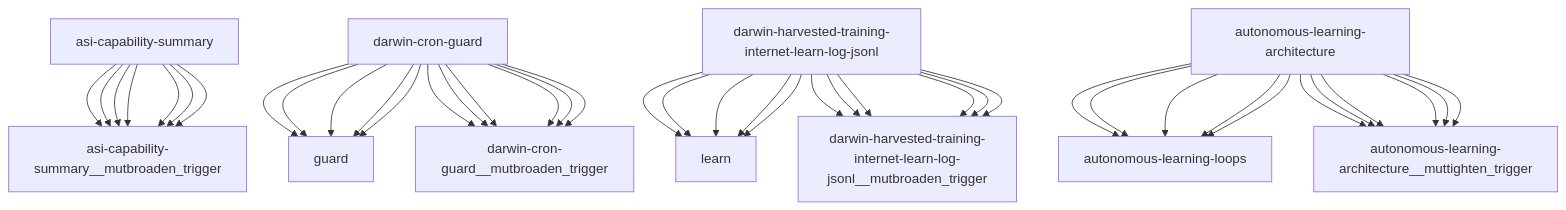
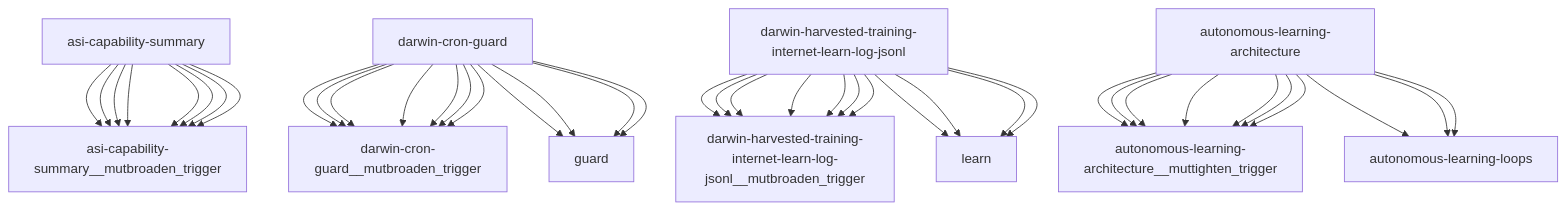
The diagram in reports/darwin-report.md (openamer/openamer), drawn with Mermaid before and after one commit. The commit also changed other lines of this file and 9 other files, not shown here.

````diff
--- a/reports/darwin-report.md
+++ b/reports/darwin-report.md
@@ -74,43 +74,43 @@
 ```mermaid
 graph TD
+    asi-capability-summary["asi-capability-summary"] --> asi-capability-summary__mutbroaden_trigger["asi-capability-summary__mutbroaden_trigger"]
+    darwin-cron-guard["darwin-cron-guard"] --> darwin-cron-guard__mutbroaden_trigger["darwin-cron-guard__mutbroaden_trigger"]
+    darwin-harvested-training-internet-learn-log-jsonl["darwin-harvested-training-internet-learn-log-jsonl"] --> darwin-harvested-training-internet-learn-log-jsonl__mutbroaden_trigger["darwin-harvested-training-internet-learn-log-jsonl__mutbroaden_trigger"]
+    autonomous-learning-architecture["autonomous-learning-architecture"] --> autonomous-learning-architecture__muttighten_trigger["autonomous-learning-architecture__muttighten_trigger"]
+    asi-capability-summary["asi-capability-summary"] --> asi-capability-summary__mutbroaden_trigger["asi-capability-summary__mutbroaden_trigger"]
+    darwin-cron-guard["darwin-cron-guard"] --> darwin-cron-guard__mutbroaden_trigger["darwin-cron-guard__mutbroaden_trigger"]
+    darwin-harvested-training-internet-learn-log-jsonl["darwin-harvested-training-internet-learn-log-jsonl"] --> darwin-harvested-training-internet-learn-log-jsonl__mutbroaden_trigger["darwin-harvested-training-internet-learn-log-jsonl__mutbroaden_trigger"]
+    autonomous-learning-architecture["autonomous-learning-architecture"] --> autonomous-learning-architecture__muttighten_trigger["autonomous-learning-architecture__muttighten_trigger"]
+    asi-capability-summary["asi-capability-summary"] --> asi-capability-summary__mutbroaden_trigger["asi-capability-summary__mutbroaden_trigger"]
+    darwin-cron-guard["darwin-cron-guard"] --> darwin-cron-guard__mutbroaden_trigger["darwin-cron-guard__mutbroaden_trigger"]
+    darwin-harvested-training-internet-learn-log-jsonl["darwin-harvested-training-internet-learn-log-jsonl"] --> darwin-harvested-training-internet-learn-log-jsonl__mutbroaden_trigger["darwin-harvested-training-internet-learn-log-jsonl__mutbroaden_trigger"]
+    autonomous-learning-architecture["autonomous-learning-architecture"] --> autonomous-learning-architecture__muttighten_trigger["autonomous-learning-architecture__muttighten_trigger"]
+    asi-capability-summary["asi-capability-summary"] --> asi-capability-summary__mutbroaden_trigger["asi-capability-summary__mutbroaden_trigger"]
+    darwin-cron-guard["darwin-cron-guard"] --> darwin-cron-guard__mutbroaden_trigger["darwin-cron-guard__mutbroaden_trigger"]
+    darwin-harvested-training-internet-learn-log-jsonl["darwin-harvested-training-internet-learn-log-jsonl"] --> darwin-harvested-training-internet-learn-log-jsonl__mutbroaden_trigger["darwin-harvested-training-internet-learn-log-jsonl__mutbroaden_trigger"]
+    autonomous-learning-architecture["autonomous-learning-architecture"] --> autonomous-learning-architecture__muttighten_trigger["autonomous-learning-architecture__muttighten_trigger"]
+    asi-capability-summary["asi-capability-summary"] --> asi-capability-summary__mutbroaden_trigger["asi-capability-summary__mutbroaden_trigger"]
+    darwin-cron-guard["darwin-cron-guard"] --> guard["guard"]
+    darwin-harvested-training-internet-learn-log-jsonl["darwin-harvested-training-internet-learn-log-jsonl"] --> learn["learn"]
+    darwin-cron-guard["darwin-cron-guard"] --> darwin-cron-guard__mutbroaden_trigger["darwin-cron-guard__mutbroaden_trigger"]
+    darwin-harvested-training-internet-learn-log-jsonl["darwin-harvested-training-internet-learn-log-jsonl"] --> darwin-harvested-training-internet-learn-log-jsonl__mutbroaden_trigger["darwin-harvested-training-internet-learn-log-jsonl__mutbroaden_trigger"]
+    autonomous-learning-architecture["autonomous-learning-architecture"] --> autonomous-learning-architecture__muttighten_trigger["autonomous-learning-architecture__muttighten_trigger"]
     asi-capability-summary["asi-capability-summary"] --> asi-capability-summary__mutbroaden_trigger["asi-capability-summary__mutbroaden_trigger"]
     darwin-cron-guard["darwin-cron-guard"] --> guard["guard"]
     darwin-harvested-training-internet-learn-log-jsonl["darwin-harvested-training-internet-learn-log-jsonl"] --> learn["learn"]
     autonomous-learning-architecture["autonomous-learning-architecture"] --> autonomous-learning-loops["autonomous-learning-loops"]
     darwin-cron-guard["darwin-cron-guard"] --> darwin-cron-guard__mutbroaden_trigger["darwin-cron-guard__mutbroaden_trigger"]
     darwin-harvested-training-internet-learn-log-jsonl["darwin-harvested-training-internet-learn-log-jsonl"] --> darwin-harvested-training-internet-learn-log-jsonl__mutbroaden_trigger["darwin-harvested-training-internet-learn-log-jsonl__mutbroaden_trigger"]
     autonomous-learning-architecture["autonomous-learning-architecture"] --> autonomous-learning-architecture__muttighten_trigger["autonomous-learning-architecture__muttighten_trigger"]
     asi-capability-summary["asi-capability-summary"] --> asi-capability-summary__mutbroaden_trigger["asi-capability-summary__mutbroaden_trigger"]
     darwin-cron-guard["darwin-cron-guard"] --> guard["guard"]
     darwin-harvested-training-internet-learn-log-jsonl["darwin-harvested-training-internet-learn-log-jsonl"] --> learn["learn"]
     autonomous-learning-architecture["autonomous-learning-architecture"] --> autonomous-learning-loops["autonomous-learning-loops"]
     darwin-cron-guard["darwin-cron-guard"] --> darwin-cron-guard__mutbroaden_trigger["darwin-cron-guard__mutbroaden_trigger"]
     darwin-harvested-training-internet-learn-log-jsonl["darwin-harvested-training-internet-learn-log-jsonl"] --> darwin-harvested-training-internet-learn-log-jsonl__mutbroaden_trigger["darwin-harvested-training-internet-learn-log-jsonl__mutbroaden_trigger"]
     autonomous-learning-architecture["autonomous-learning-architecture"] --> autonomous-learning-architecture__muttighten_trigger["autonomous-learning-architecture__muttighten_trigger"]
     asi-capability-summary["asi-capability-summary"] --> asi-capability-summary__mutbroaden_trigger["asi-capability-summary__mutbroaden_trigger"]
     darwin-cron-guard["darwin-cron-guard"] --> guard["guard"]
     darwin-harvested-training-internet-learn-log-jsonl["darwin-harvested-training-internet-learn-log-jsonl"] --> learn["learn"]
     autonomous-learning-architecture["autonomous-learning-architecture"] --> autonomous-learning-loops["autonomous-learning-loops"]
-    darwin-cron-guard["darwin-cron-guard"] --> darwin-cron-guard__mutbroaden_trigger["darwin-cron-guard__mutbroaden_trigger"]
-    darwin-harvested-training-internet-learn-log-jsonl["darwin-harvested-training-internet-learn-log-jsonl"] --> darwin-harvested-training-internet-learn-log-jsonl__mutbroaden_trigger["darwin-harvested-training-internet-learn-log-jsonl__mutbroaden_trigger"]
-    autonomous-learning-architecture["autonomous-learning-architecture"] --> autonomous-learning-architecture__muttighten_trigger["autonomous-learning-architecture__muttighten_trigger"]
-    asi-capability-summary["asi-capability-summary"] --> asi-capability-summary__mutbroaden_trigger["asi-capability-summary__mutbroaden_trigger"]
-    darwin-cron-guard["darwin-cron-guard"] --> darwin-cron-guard__mutbroaden_trigger["darwin-cron-guard__mutbroaden_trigger"]
-    darwin-harvested-training-internet-learn-log-jsonl["darwin-harvested-training-internet-learn-log-jsonl"] --> darwin-harvested-training-internet-learn-log-jsonl__mutbroaden_trigger["darwin-harvested-training-internet-learn-log-jsonl__mutbroaden_trigger"]
-    autonomous-learning-architecture["autonomous-learning-architecture"] --> autonomous-learning-architecture__muttighten_trigger["autonomous-learning-architecture__muttighten_trigger"]
-    asi-capability-summary["asi-capability-summary"] --> asi-capability-summary__mutbroaden_trigger["asi-capability-summary__mutbroaden_trigger"]
-    darwin-cron-guard["darwin-cron-guard"] --> guard["guard"]
-    darwin-harvested-training-internet-learn-log-jsonl["darwin-harvested-training-internet-learn-log-jsonl"] --> learn["learn"]
-    autonomous-learning-architecture["autonomous-learning-architecture"] --> autonomous-learning-loops["autonomous-learning-loops"]
-    darwin-cron-guard["darwin-cron-guard"] --> darwin-cron-guard__mutbroaden_trigger["darwin-cron-guard__mutbroaden_trigger"]
-    darwin-harvested-training-internet-learn-log-jsonl["darwin-harvested-training-internet-learn-log-jsonl"] --> darwin-harvested-training-internet-learn-log-jsonl__mutbroaden_trigger["darwin-harvested-training-internet-learn-log-jsonl__mutbroaden_trigger"]
-    autonomous-learning-architecture["autonomous-learning-architecture"] --> autonomous-learning-architecture__muttighten_trigger["autonomous-learning-architecture__muttighten_trigger"]
-    asi-capability-summary["asi-capability-summary"] --> asi-capability-summary__mutbroaden_trigger["asi-capability-summary__mutbroaden_trigger"]
-    darwin-cron-guard["darwin-cron-guard"] --> darwin-cron-guard__mutbroaden_trigger["darwin-cron-guard__mutbroaden_trigger"]
-    darwin-harvested-training-internet-learn-log-jsonl["darwin-harvested-training-internet-learn-log-jsonl"] --> darwin-harvested-training-internet-learn-log-jsonl__mutbroaden_trigger["darwin-harvested-training-internet-learn-log-jsonl__mutbroaden_trigger"]
-    autonomous-learning-architecture["autonomous-learning-architecture"] --> autonomous-learning-architecture__muttighten_trigger["autonomous-learning-architecture__muttighten_trigger"]
-    asi-capability-summary["asi-capability-summary"] --> asi-capability-summary__mutbroaden_trigger["asi-capability-summary__mutbroaden_trigger"]
-    darwin-cron-guard["darwin-cron-guard"] --> guard["guard"]
-    darwin-harvested-training-internet-learn-log-jsonl["darwin-harvested-training-internet-learn-log-jsonl"] --> learn["learn"]
-    autonomous-learning-architecture["autonomous-learning-architecture"] --> autonomous-learning-loops["autonomous-learning-loops"]
 ```
````
